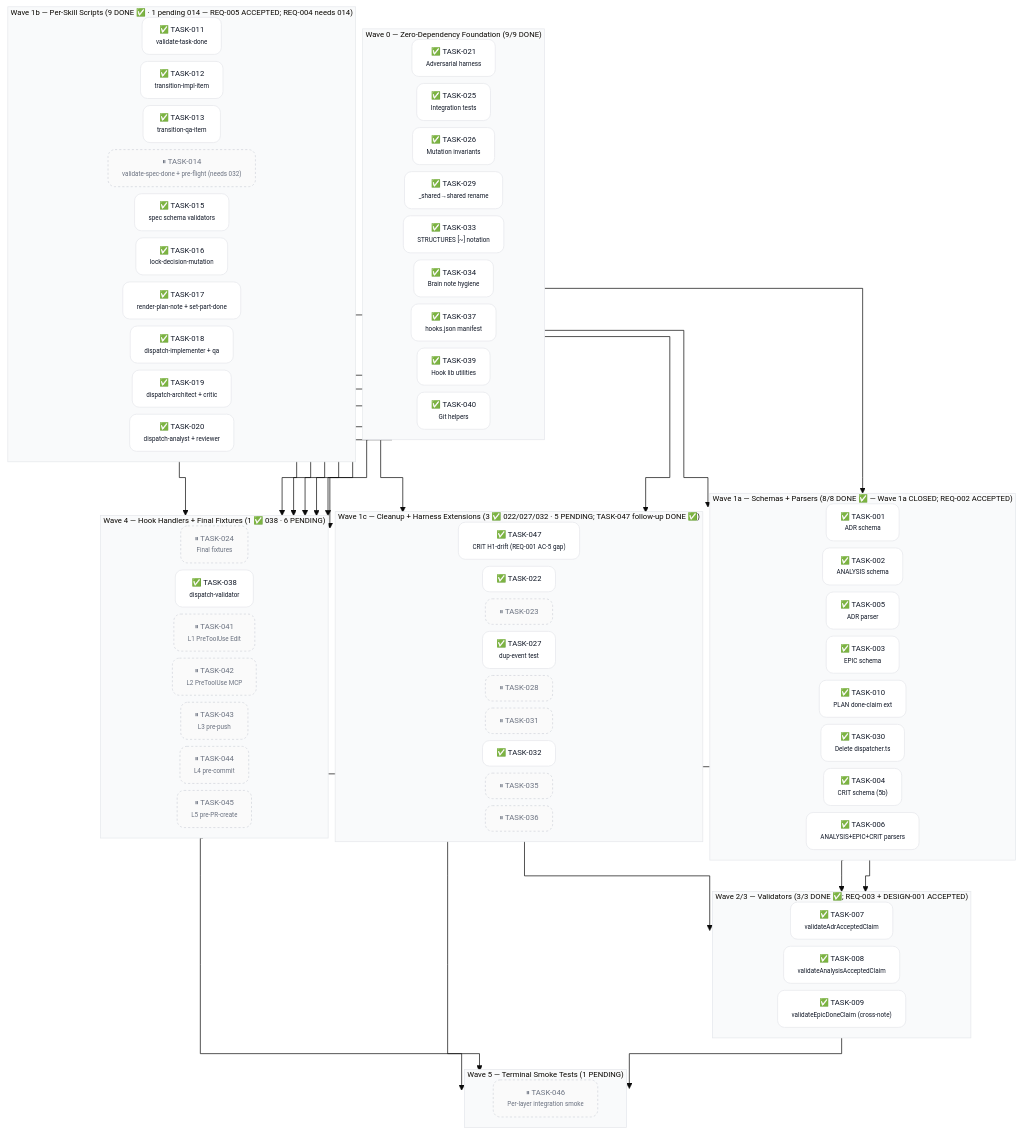
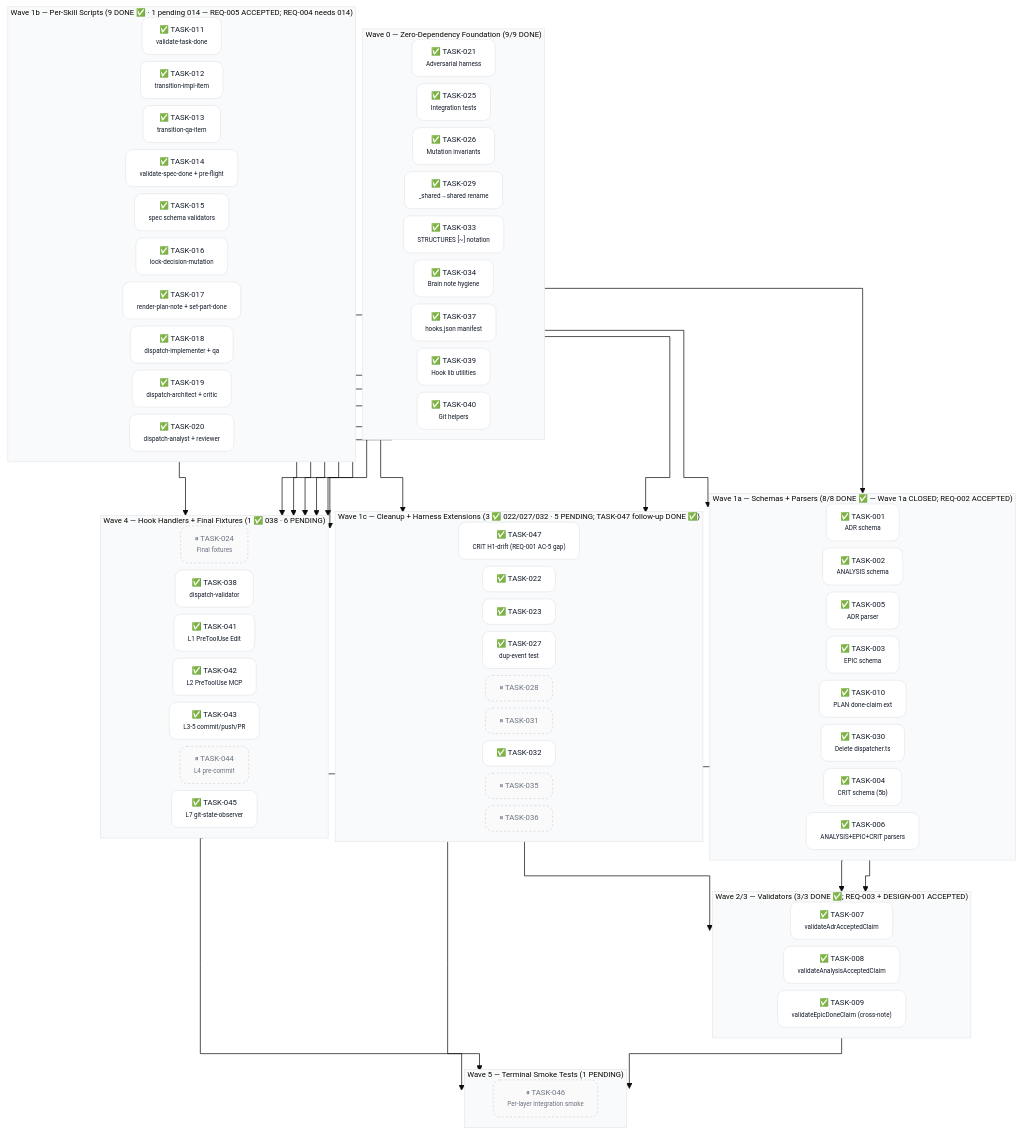
Before and after one commit to acmelabs-15/skills: the second of 2 diagrams in docs/planning/PLAN-001-skills-ecosystem.md, drawn with Mermaid. The commit also changed other lines of this file and 8 other files, not shown here.

First line of the commit message:
build(SPEC-008): Batch 11 CLOSED — 014/023/041/042/043/045 DONE; 40/47 (Event 113)

````diff
--- a/docs/planning/PLAN-001-skills-ecosystem.md
+++ b/docs/planning/PLAN-001-skills-ecosystem.md
@@ -186,7 +186,7 @@
     T011["✅ TASK-011<br/><span style='font-size:9px'>validate-task-done</span>"]
     T012["✅ TASK-012<br/><span style='font-size:9px'>transition-impl-item</span>"]
     T013["✅ TASK-013<br/><span style='font-size:9px'>transition-qa-item</span>"]
-    T014["⏸ TASK-014<br/><span style='font-size:9px'>validate-spec-done + pre-flight (needs 032)</span>"]
+    T014["✅ TASK-014<br/><span style='font-size:9px'>validate-spec-done + pre-flight</span>"]
     T015["✅ TASK-015<br/><span style='font-size:9px'>spec schema validators</span>"]
     T016["✅ TASK-016<br/><span style='font-size:9px'>lock-decision-mutation</span>"]
     T017["✅ TASK-017<br/><span style='font-size:9px'>render-plan-note + set-part-done</span>"]
@@ -199,7 +199,7 @@
     direction LR
     T047["✅ TASK-047<br/><span style='font-size:9px'>CRIT H1-drift (REQ-001 AC-5 gap)</span>"]
     T022["✅ TASK-022"]
-    T023["⏸ TASK-023"]
+    T023["✅ TASK-023"]
     T027["✅ TASK-027<br/><span style='font-size:9px'>dup-event test</span>"]
     T028["⏸ TASK-028"]
     T031["⏸ TASK-031"]
@@ -219,11 +219,11 @@
     direction LR
     T024["⏸ TASK-024<br/><span style='font-size:9px'>Final fixtures</span>"]
     T038["✅ TASK-038<br/><span style='font-size:9px'>dispatch-validator</span>"]
-    T041["⏸ TASK-041<br/><span style='font-size:9px'>L1 PreToolUse Edit</span>"]
-    T042["⏸ TASK-042<br/><span style='font-size:9px'>L2 PreToolUse MCP</span>"]
-    T043["⏸ TASK-043<br/><span style='font-size:9px'>L3 pre-push</span>"]
+    T041["✅ TASK-041<br/><span style='font-size:9px'>L1 PreToolUse Edit</span>"]
+    T042["✅ TASK-042<br/><span style='font-size:9px'>L2 PreToolUse MCP</span>"]
+    T043["✅ TASK-043<br/><span style='font-size:9px'>L3-5 commit/push/PR</span>"]
     T044["⏸ TASK-044<br/><span style='font-size:9px'>L4 pre-commit</span>"]
-    T045["⏸ TASK-045<br/><span style='font-size:9px'>L5 pre-PR-create</span>"]
+    T045["✅ TASK-045<br/><span style='font-size:9px'>L7 git-state-observer</span>"]
   end
 
   subgraph W5 ["Wave 5 — Terminal Smoke Tests (1 PENDING)"]
@@ -254,6 +254,6 @@
   T045 --> T046
 
   class T001,T002,T003,T004,T005,T006,T010,T021,T025,T026,T029,T030,T033,T034,T037,T039,T040 done
-  class T007,T008,T009,T047,T011,T012,T013,T015,T016,T017,T018,T019,T020,T022,T032,T038,T027 done
-  class T014,T023,T024,T028,T031,T035,T036,T041,T042,T043,T044,T045,T046 pending
+  class T007,T008,T009,T047,T011,T012,T013,T015,T016,T017,T018,T019,T020,T022,T032,T038,T027,T014,T023,T041,T042,T043,T045 done
+  class T024,T028,T031,T035,T036,T044,T046 pending
 ```
````
